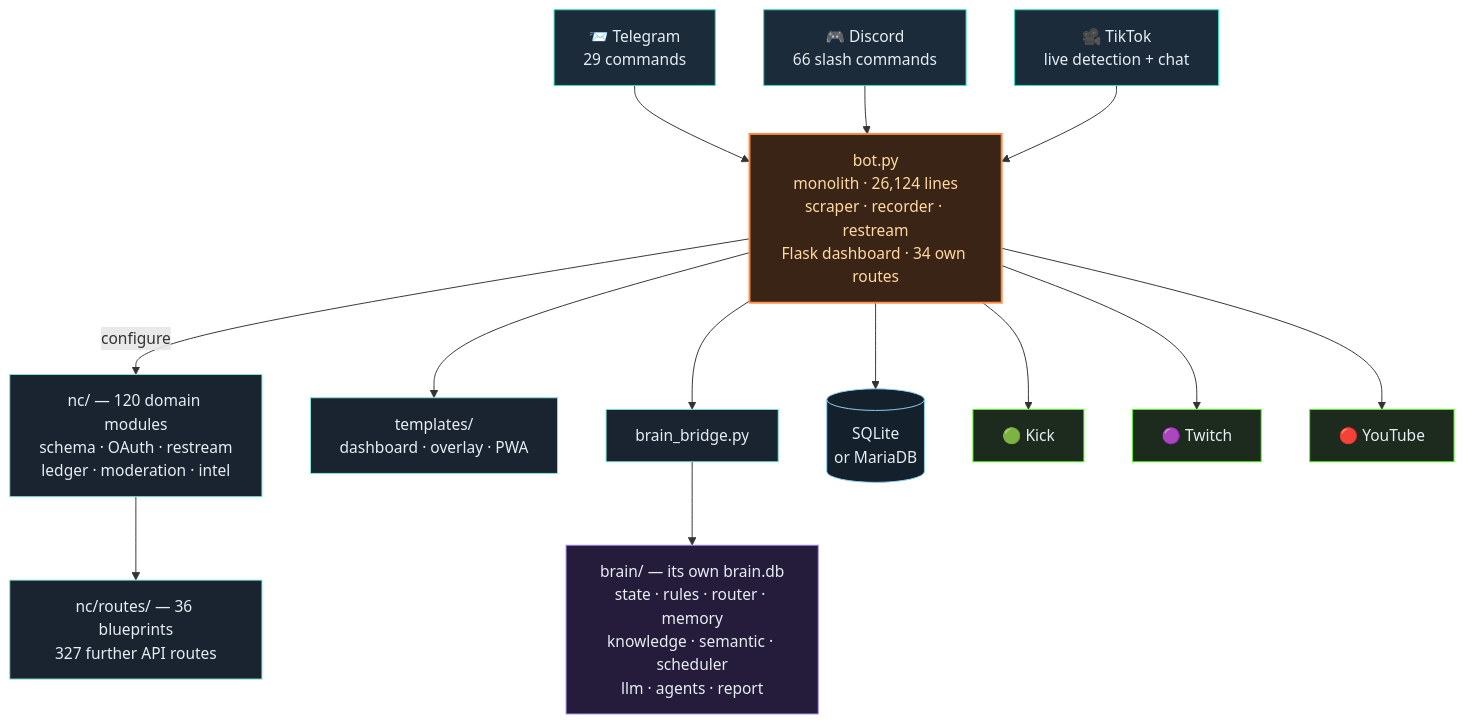
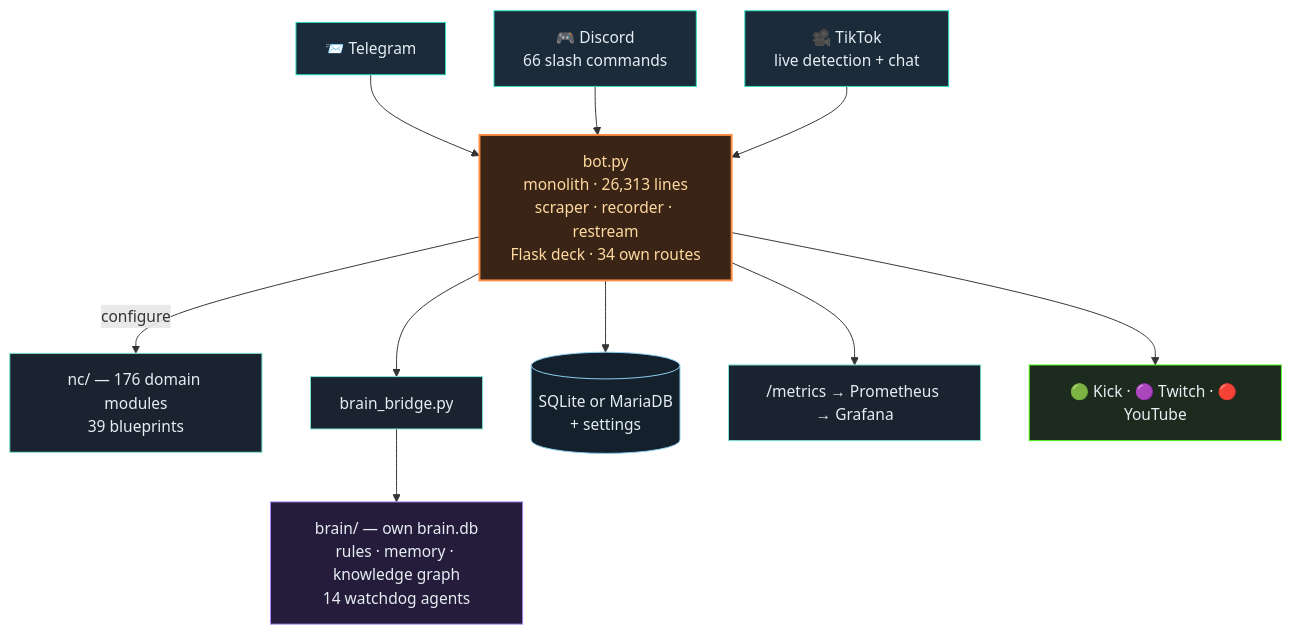
One commit to itsamemedev/Telegram-Stream-Info-Bot changed the second of 3 diagrams in README.en.md. Above: the diagram before and after it, drawn with Mermaid. The commit also changed other lines of this file and 25 other files, not shown here.

````diff
--- a/README.en.md
+++ b/README.en.md
@@ -213,30 +119,19 @@
 ```mermaid
 flowchart TB
-    TG["📨 Telegram<br/>29 commands"]:::ein
-    DC["🎮 Discord<br/>66 slash commands"]:::ein
-    TT["🎥 TikTok<br/>live detection + chat"]:::ein
-
-    TG --> BOT
-    DC --> BOT
-    TT --> BOT
-
-    BOT["bot.py<br/>monolith · 26,124 lines<br/>scraper · recorder · restream<br/>Flask dashboard · 34 own routes"]:::core
-
-    BOT -->|configure| NC["nc/ — 120 domain modules<br/>schema · OAuth · restream<br/>ledger · moderation · intel"]:::lib
-    NC --> RT["nc/routes/ — 36 blueprints<br/>327 further API routes"]:::lib
-    BOT --> TPL["templates/<br/>dashboard · overlay · PWA"]:::lib
+    TG["📨 Telegram"]:::ein --> BOT
+    DC["🎮 Discord<br/>66 slash commands"]:::ein --> BOT
+    TT["🎥 TikTok<br/>live detection + chat"]:::ein --> BOT
+    BOT["bot.py<br/>monolith · 26,313 lines<br/>scraper · recorder · restream<br/>Flask deck · 34 own routes"]:::core
+    BOT -->|configure| NC["nc/ — 176 domain modules<br/>39 blueprints"]:::lib
     BOT --> BR["brain_bridge.py"]:::lib
-    BR --> BRAIN["brain/ — its own brain.db<br/>state · rules · router · memory<br/>knowledge · semantic · scheduler<br/>llm · agents · report"]:::brain
-    BOT --> DB[("SQLite<br/>or MariaDB")]:::db
-
-    BOT --> KICK["🟢 Kick"]:::out
-    BOT --> TW["🟣 Twitch"]:::out
-    BOT --> YT["🔴 YouTube"]:::out
-
+    BR --> BRAIN["brain/ — own brain.db<br/>rules · memory · knowledge graph<br/>14 watchdog agents"]:::brain
+    BOT --> DB[("SQLite or MariaDB<br/>+ settings")]:::db
+    BOT --> PROM["/metrics → Prometheus → Grafana"]:::lib
+    BOT --> OUT["🟢 Kick · 🟣 Twitch · 🔴 YouTube"]:::out
     classDef ein fill:#1c2b3a,stroke:#2de1c2,color:#e6edf3
     classDef core fill:#3a2415,stroke:#ff8c42,stroke-width:2px,color:#ffd9a0
     classDef lib fill:#1a2430,stroke:#7fe7d4,color:#e6edf3
     classDef brain fill:#241c3a,stroke:#a78bfa,color:#e6edf3
     classDef db fill:#14202c,stroke:#8fd3f4,color:#e6edf3
     classDef out fill:#1c2b1e,stroke:#53fc18,color:#e6edf3
 ```
````
